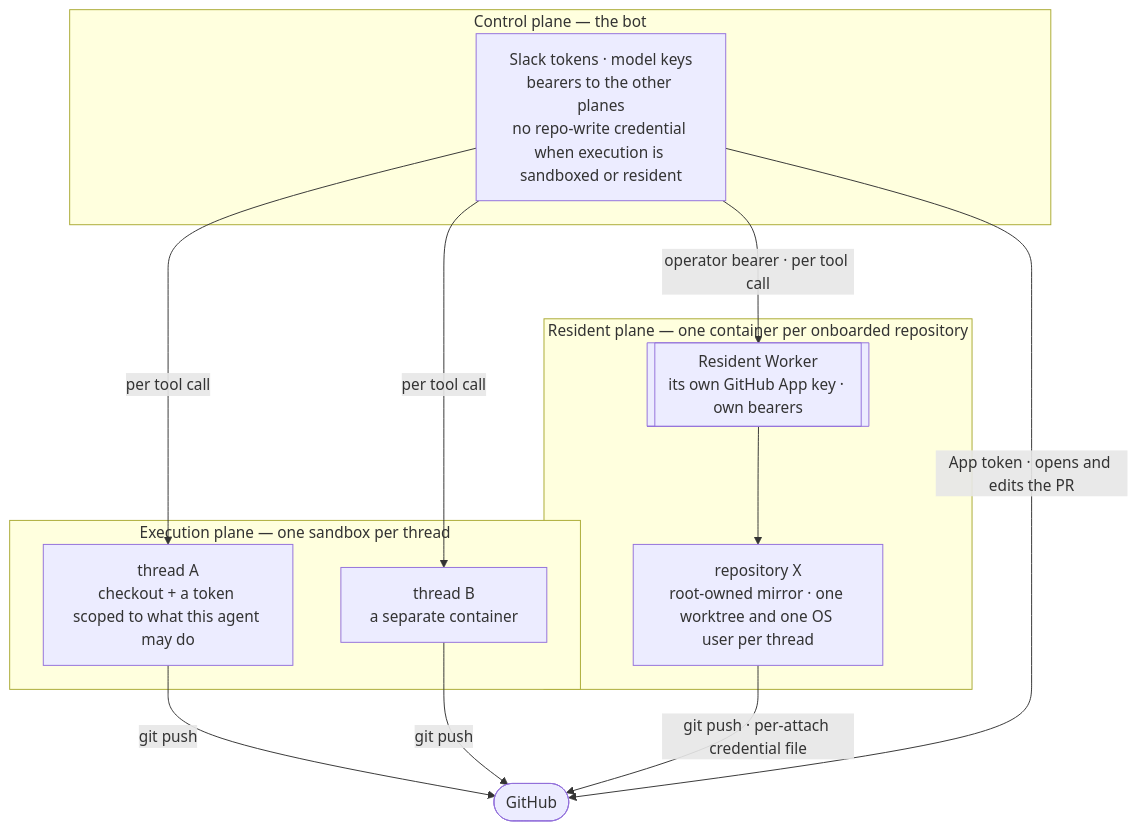
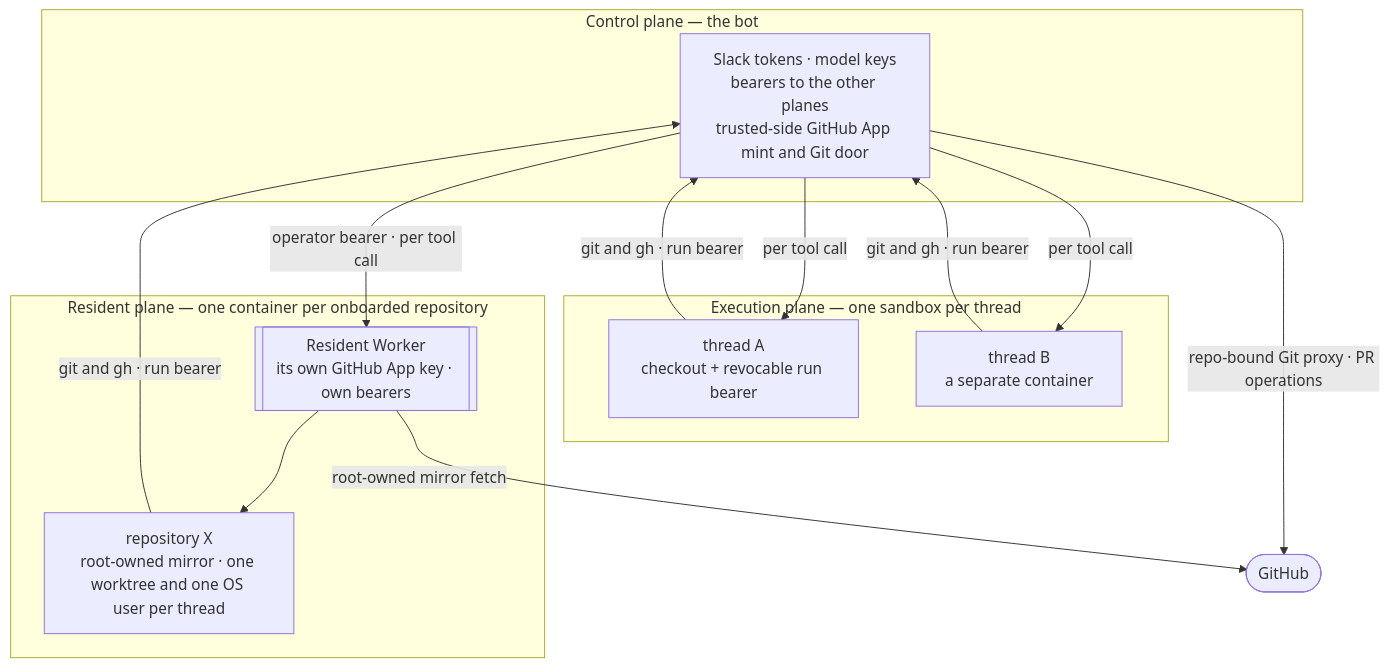
Before and after one commit to coreplanelabs/switchboard: the diagram in docs/explanation/security-model.md, drawn with Mermaid. The commit also changed other lines of this file and 67 other files, not shown here.

Commit message:
fix: keep GitHub App credentials outside workspace runs

````diff
--- a/docs/explanation/security-model.md
+++ b/docs/explanation/security-model.md
@@ -9,20 +9,21 @@
 ```mermaid
 flowchart TB
     subgraph control ["Control plane — the bot"]
-        BOT["Slack tokens · model keys<br/>bearers to the other planes<br/>no repo-write credential when execution is sandboxed or resident"]
+        BOT["Slack tokens · model keys<br/>bearers to the other planes<br/>trusted-side GitHub App mint and Git door"]
     end
     subgraph exec ["Execution plane — one sandbox per thread"]
-        S1["thread A<br/>checkout + a token scoped to what this agent may do"]
+        S1["thread A<br/>checkout + revocable run bearer"]
         S2["thread B<br/>a separate container"]
     end
     subgraph resident ["Resident plane — one container per onboarded repository"]
         RW[["Resident Worker<br/>its own GitHub App key · own bearers"]]
         RD["repository X<br/>root-owned mirror · one worktree and one OS user per thread"]
     end
     GH(["GitHub"])
     BOT -->|"per tool call"| S1 & S2
     BOT -->|"operator bearer · per tool call"| RW --> RD
-    S1 & S2 -->|"git push"| GH
-    RD -->|"git push · per-attach credential file"| GH
-    BOT -->|"App token · opens and edits the PR"| GH
+    S1 & S2 -->|"git and gh · run bearer"| BOT
+    RD -->|"git and gh · run bearer"| BOT
+    RW -->|"root-owned mirror fetch"| GH
+    BOT -->|"repo-bound Git proxy · PR operations"| GH
 ```
````
